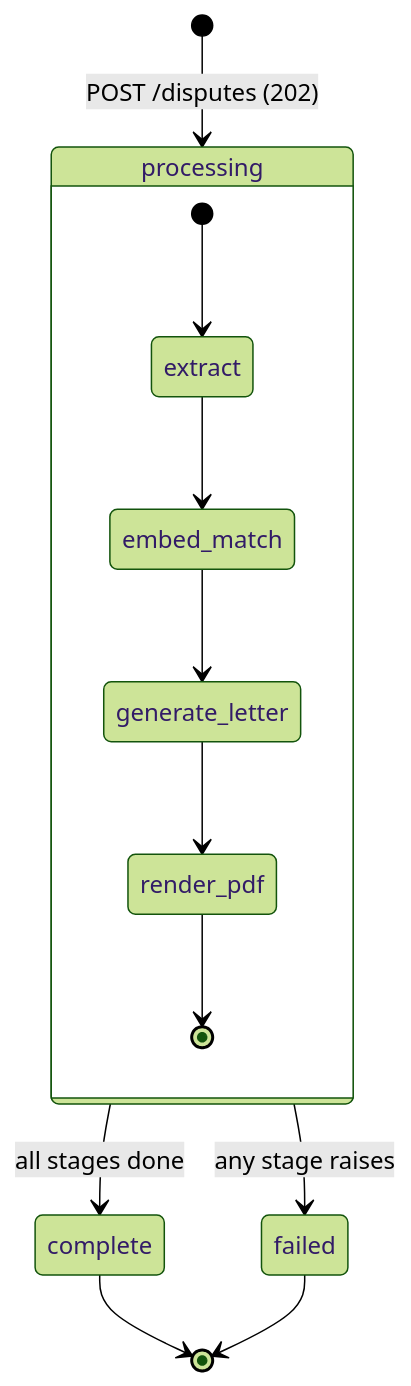
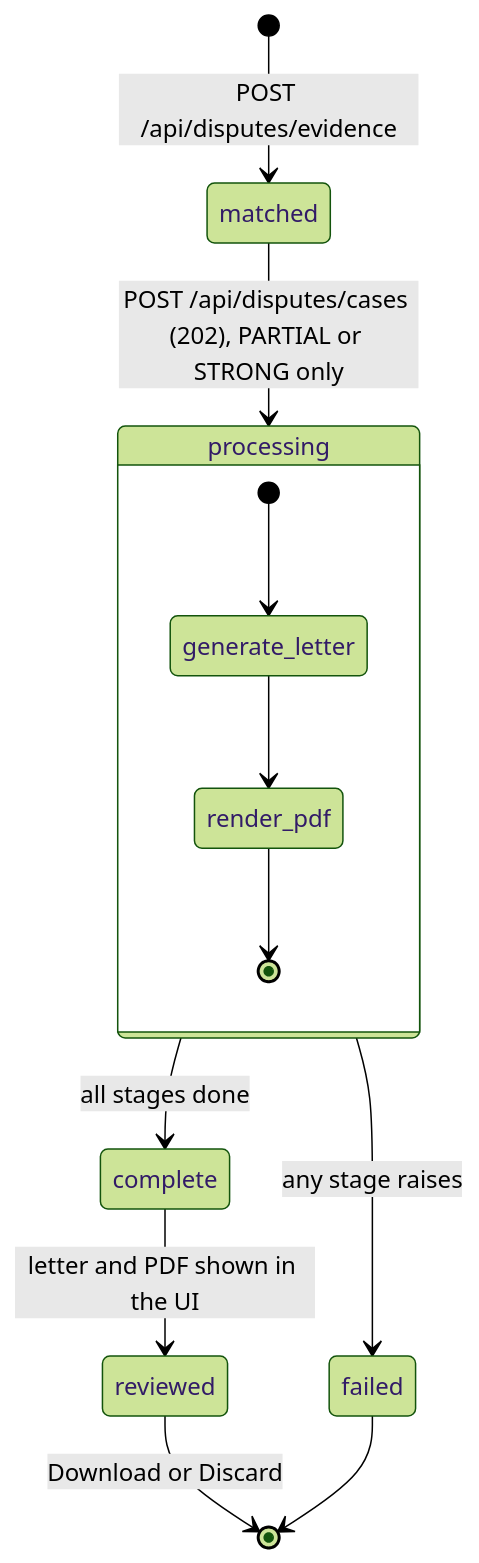
Before and after one commit to rajatrao/payment_intelligence: the fifth of 7 diagrams in docs/ARCHITECTURE.md, drawn with Mermaid (forest theme). The commit also changed other lines of this file and 6 other files, not shown here.

````diff
--- a/docs/ARCHITECTURE.md
+++ b/docs/ARCHITECTURE.md
@@ -251,15 +270,15 @@
 ```mermaid
 stateDiagram-v2
-    [*] --> processing: POST /disputes (202)
+    [*] --> matched: POST /api/disputes/evidence
+    matched --> processing: POST /api/disputes/cases (202), PARTIAL or STRONG only
     state processing {
-        [*] --> extract
-        extract --> embed_match
-        embed_match --> generate_letter
+        [*] --> generate_letter
         generate_letter --> render_pdf
         render_pdf --> [*]
     }
     processing --> complete: all stages done
     processing --> failed: any stage raises
-    complete --> [*]
+    complete --> reviewed: letter and PDF shown in the UI
+    reviewed --> [*]: Download or Discard
     failed --> [*]
 ```
````
